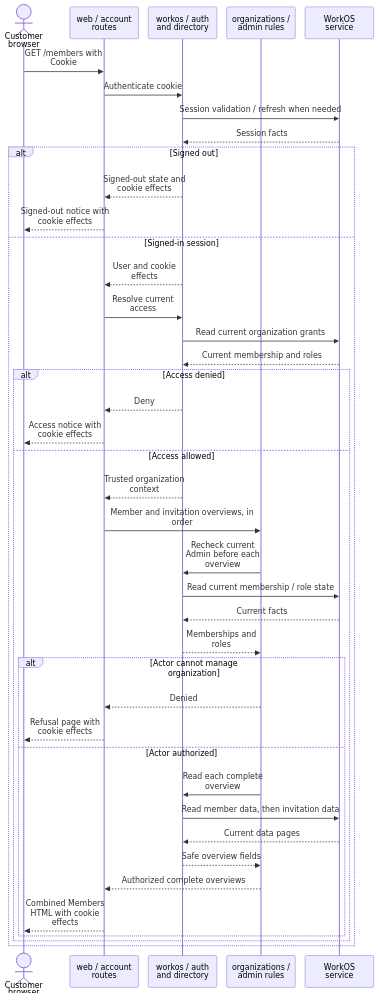
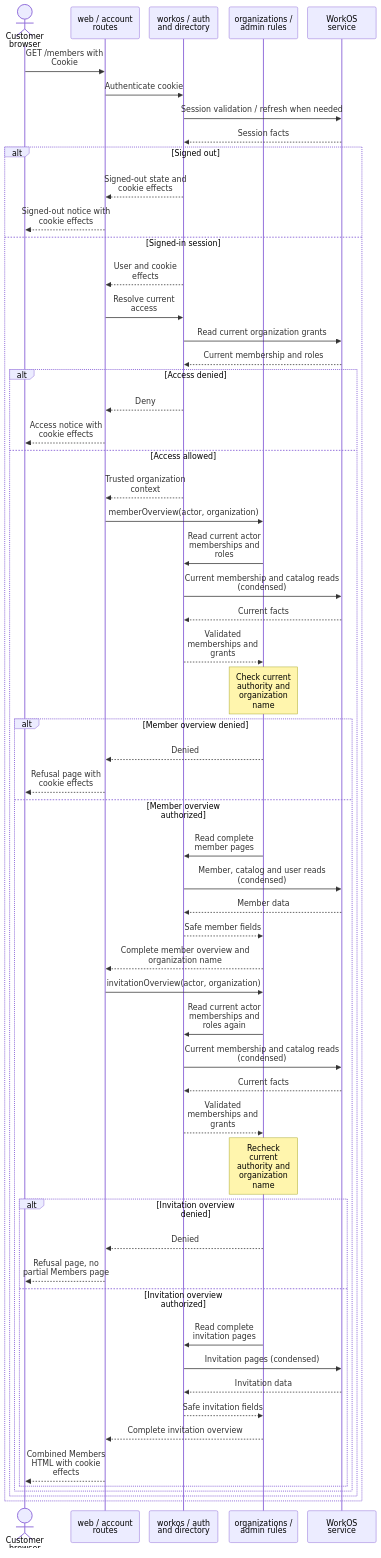
Before and after one commit to tomer-mayara/Thermus: the ninth of 10 diagrams in architecture/components.md, drawn with Mermaid. The commit also changed 2 other files, not shown here.

Commit message:
Show the separate Members authorization reads in the registry

````diff
--- a/architecture/components.md
+++ b/architecture/components.md
@@ -412,44 +412,61 @@
 ```mermaid
 %%{init: {"sequence": {"wrap": true, "actorMargin": 20, "width": 140}}}%%
 sequenceDiagram
   actor Browser as Customer browser
   participant Routes as web / account routes
   participant Provider as workos / auth and directory
   participant Admin as organizations / admin rules
   participant Remote as WorkOS service
   Browser->>Routes: GET /members with Cookie
   Routes->>Provider: Authenticate cookie
   Provider->>Remote: Session validation / refresh when needed
   Remote-->>Provider: Session facts
   alt Signed out
     Provider-->>Routes: Signed-out state and cookie effects
     Routes-->>Browser: Signed-out notice with cookie effects
   else Signed-in session
     Provider-->>Routes: User and cookie effects
     Routes->>Provider: Resolve current access
     Provider->>Remote: Read current organization grants
     Remote-->>Provider: Current membership and roles
     alt Access denied
       Provider-->>Routes: Deny
       Routes-->>Browser: Access notice with cookie effects
     else Access allowed
       Provider-->>Routes: Trusted organization context
-      Routes->>Admin: Member and invitation overviews, in order
-      Admin->>Provider: Recheck current Admin before each overview
-      Provider->>Remote: Read current membership / role state
+      Routes->>Admin: memberOverview(actor, organization)
+      Admin->>Provider: Read current actor memberships and roles
+      Provider->>Remote: Current membership and catalog reads (condensed)
       Remote-->>Provider: Current facts
-      Provider-->>Admin: Memberships and roles
-      alt Actor cannot manage organization
+      Provider-->>Admin: Validated memberships and grants
+      Note over Admin: Check current authority and organization name
+      alt Member overview denied
         Admin-->>Routes: Denied
         Routes-->>Browser: Refusal page with cookie effects
-      else Actor authorized
-        Admin->>Provider: Read each complete overview
-        Provider->>Remote: Read member data, then invitation data
-        Remote-->>Provider: Current data pages
-        Provider-->>Admin: Safe overview fields
-        Admin-->>Routes: Authorized complete overviews
-        Routes-->>Browser: Combined Members HTML with cookie effects
+      else Member overview authorized
+        Admin->>Provider: Read complete member pages
+        Provider->>Remote: Member, catalog and user reads (condensed)
+        Remote-->>Provider: Member data
+        Provider-->>Admin: Safe member fields
+        Admin-->>Routes: Complete member overview and organization name
+        Routes->>Admin: invitationOverview(actor, organization)
+        Admin->>Provider: Read current actor memberships and roles again
+        Provider->>Remote: Current membership and catalog reads (condensed)
+        Remote-->>Provider: Current facts
+        Provider-->>Admin: Validated memberships and grants
+        Note over Admin: Recheck current authority and organization name
+        alt Invitation overview denied
+          Admin-->>Routes: Denied
+          Routes-->>Browser: Refusal page, no partial Members page
+        else Invitation overview authorized
+          Admin->>Provider: Read complete invitation pages
+          Provider->>Remote: Invitation pages (condensed)
+          Remote-->>Provider: Invitation data
+          Provider-->>Admin: Safe invitation fields
+          Admin-->>Routes: Complete invitation overview
+          Routes-->>Browser: Combined Members HTML with cookie effects
+        end
       end
     end
   end
 ```
````
